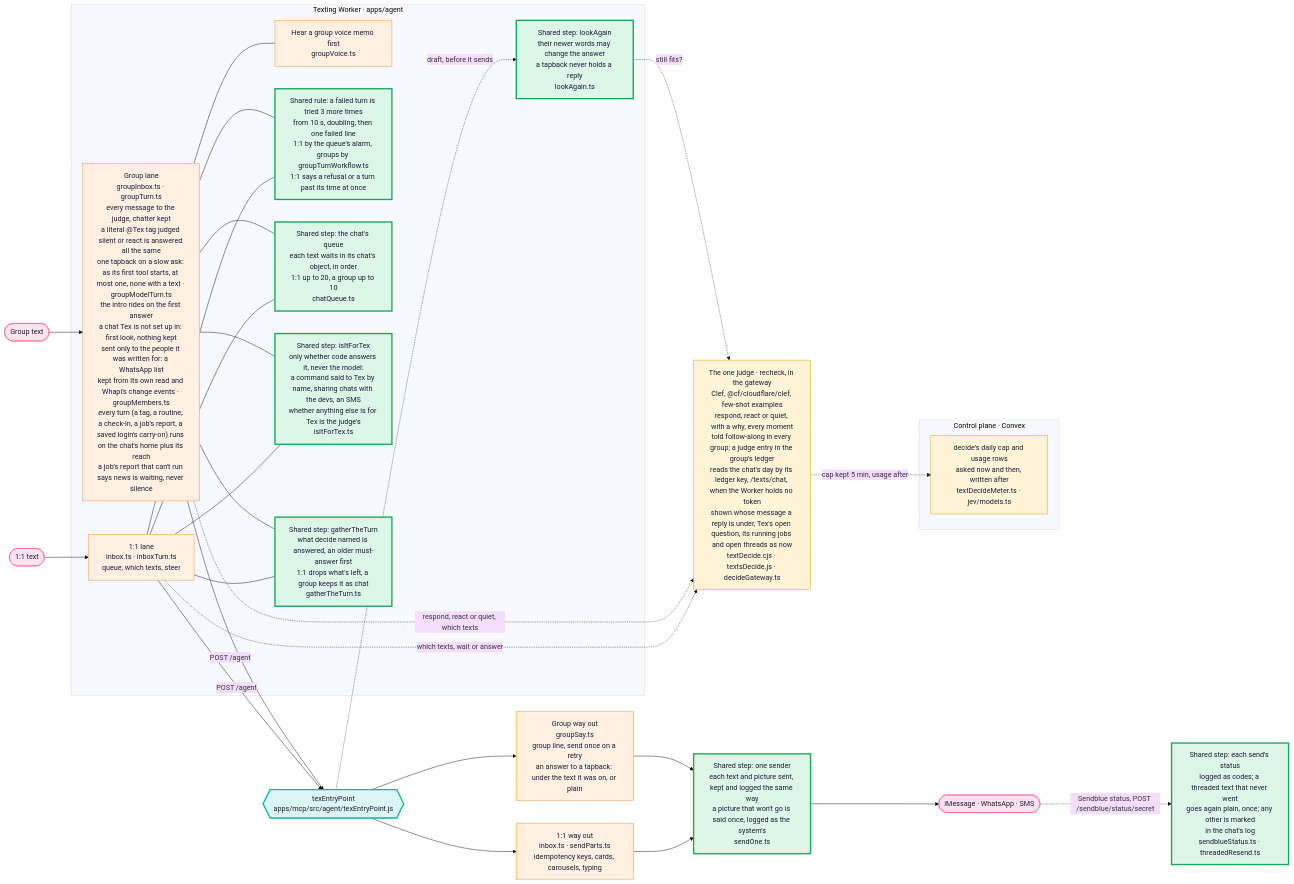
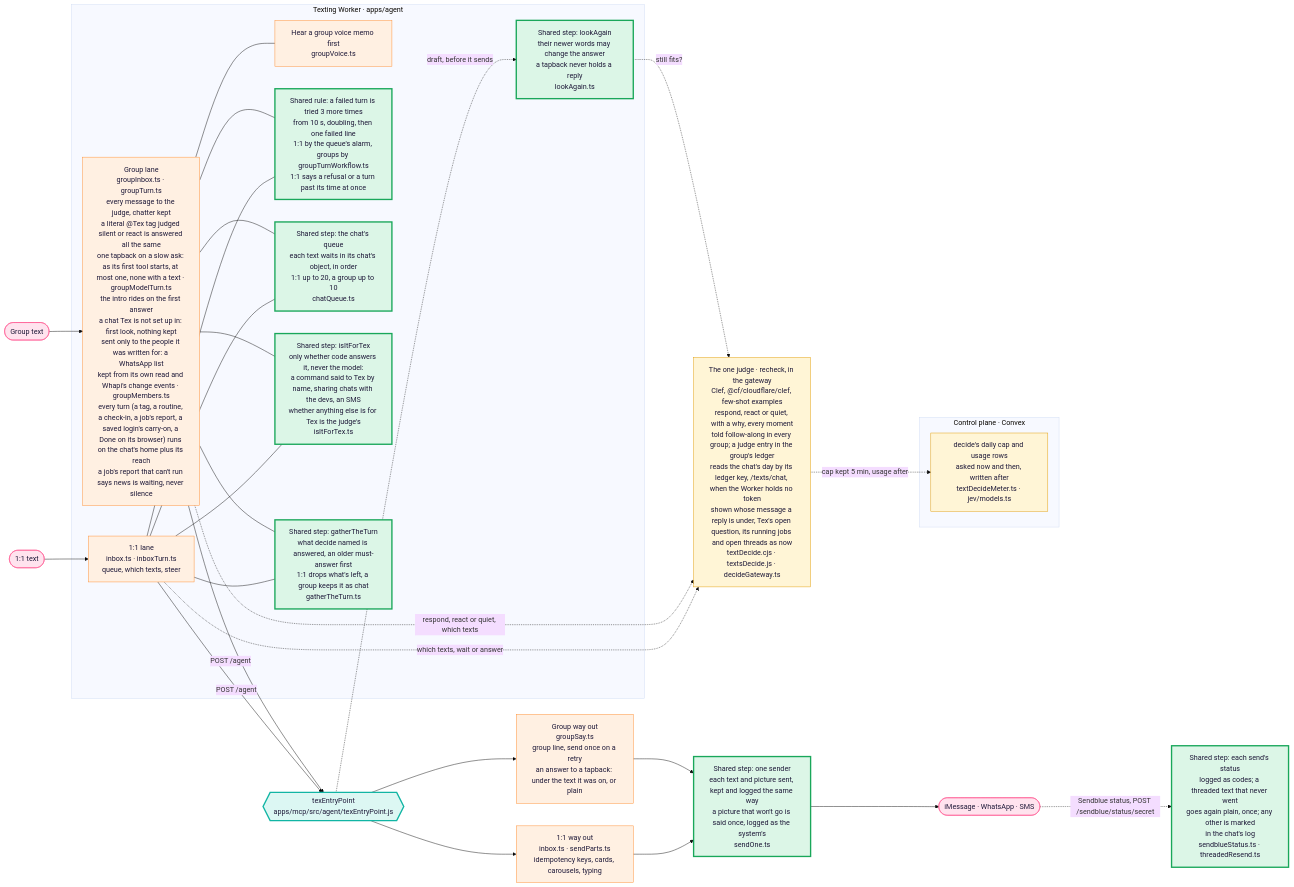
Before and after one commit to Supa-Media/context: the first of 3 diagrams in docs/architecture/tex.md, drawn with Mermaid (base theme). The commit also changed other lines of this file and 37 other files, not shown here.

First line of the commit message:
Tex: Done on the take-over screen hands the browser back and Tex carries on (#3216)

````diff
--- a/docs/architecture/tex.md
+++ b/docs/architecture/tex.md
@@ -22,47 +22,47 @@
 ```mermaid
 flowchart LR
   P1([1:1 text]):::you --> W1
   P2([Group text]):::you --> W2
   subgraph Worker["Texting Worker · apps/agent"]
     W1["1:1 lane<br/>inbox.ts · inboxTurn.ts<br/>queue, which texts, steer"]:::pipe
-    W2["Group lane<br/>groupInbox.ts · groupTurn.ts<br/>every message to the judge, chatter kept<br/>a literal @Tex tag judged silent or react is answered all the same<br/>one tapback on a slow ask: as its first tool starts, at most one, none with a text · groupModelTurn.ts<br/>the intro rides on the first answer<br/>a chat Tex is not set up in: first look, nothing kept<br/>sent only to the people it was written for: a WhatsApp list<br/>kept from its own read and Whapi's change events · groupMembers.ts<br/>every turn (a tag, a routine, a check-in, a job's report, a saved login's carry-on) runs on the chat's home plus its reach<br/>a job's report that can't run says news is waiting, never silence"]:::pipe
+    W2["Group lane<br/>groupInbox.ts · groupTurn.ts<br/>every message to the judge, chatter kept<br/>a literal @Tex tag judged silent or react is answered all the same<br/>one tapback on a slow ask: as its first tool starts, at most one, none with a text · groupModelTurn.ts<br/>the intro rides on the first answer<br/>a chat Tex is not set up in: first look, nothing kept<br/>sent only to the people it was written for: a WhatsApp list<br/>kept from its own read and Whapi's change events · groupMembers.ts<br/>every turn (a tag, a routine, a check-in, a job's report, a saved login's carry-on, a Done on its browser) runs on the chat's home plus its reach<br/>a job's report that can't run says news is waiting, never silence"]:::pipe
     H["Hear a group voice memo first<br/>groupVoice.ts"]:::pipe
     W2 --- H
     LA["Shared step: lookAgain<br/>their newer words may change the answer<br/>a tapback never holds a reply<br/>lookAgain.ts"]:::shared
     RT["Shared rule: a failed turn is tried 3 more times<br/>from 10 s, doubling, then one failed line<br/>1:1 by the queue's alarm, groups by groupTurnWorkflow.ts<br/>1:1 says a refusal or a turn past its time at once"]:::shared
     W1 --- RT
     W2 --- RT
     Q["Shared step: the chat's queue<br/>each text waits in its chat's object, in order<br/>1:1 up to 20, a group up to 10<br/>chatQueue.ts"]:::shared
     W1 --- Q
     W2 --- Q
     FT["Shared step: isItForTex<br/>only whether code answers it, never the model:<br/>a command said to Tex by name, sharing chats with the devs, an SMS<br/>whether anything else is for Tex is the judge's<br/>isItForTex.ts"]:::shared
     W1 --- FT
     W2 --- FT
     GT["Shared step: gatherTheTurn<br/>what decide named is answered, an older must-answer first<br/>1:1 drops what's left, a group keeps it as chat<br/>gatherTheTurn.ts"]:::shared
     W1 --- GT
     W2 --- GT
   end
   D["The one judge · recheck, in the gateway<br/>Clef, @cf/cloudflare/clef, few-shot examples<br/>respond, react or quiet, with a why, every moment<br/>told follow-along in every group; a judge entry in the group's ledger<br/>reads the chat's day by its ledger key, /texts/chat, when the Worker holds no token<br/>shown whose message a reply is under, Tex's open question, its running jobs and open threads as now<br/>textDecide.cjs · textsDecide.js · decideGateway.ts"]:::judge
   subgraph Control["Control plane · Convex"]
     CAP["decide's daily cap and usage rows<br/>asked now and then, written after<br/>textDecideMeter.ts · jev/models.ts"]:::judge
   end
   D -. cap kept 5 min, usage after .-> CAP
   W1 -. which texts, wait or answer .-> D
   W2 -. respond, react or quiet, which texts .-> D
   E -. draft, before it sends .-> LA
   LA -. still fits? .-> D
   W1 -->|POST /agent| E
   W2 -->|POST /agent| E
   E{{"texEntryPoint<br/>apps/mcp/src/agent/texEntryPoint.js"}}:::door
   E --> S1["1:1 way out<br/>inbox.ts · sendParts.ts<br/>idempotency keys, cards, carousels, typing"]:::pipe
   E --> S2["Group way out<br/>groupSay.ts<br/>group line, send once on a retry<br/>an answer to a tapback: under the text it was on, or plain"]:::pipe
   S1 --> SO["Shared step: one sender<br/>each text and picture sent, kept and logged the same way<br/>a picture that won't go is said once, logged as the system's<br/>sendOne.ts"]:::shared
   S2 --> SO
   SO --> Out([iMessage · WhatsApp · SMS]):::you
   Out -. "Sendblue status, POST /sendblue/status/secret" .-> ST["Shared step: each send's status<br/>logged as codes; a threaded text that never went<br/>goes again plain, once; any other is marked<br/>in the chat's log<br/>sendblueStatus.ts · threadedResend.ts"]:::shared
   classDef you fill:#ffe3ee,stroke:#ff4f8b,color:#1d1838
   classDef pipe fill:#fff0e2,stroke:#ff8a2a,color:#1d1838
   classDef door fill:#dcf7f3,stroke:#11b5a4,stroke-width:3px,color:#1d1838
   classDef judge fill:#fff5d6,stroke:#e09a00,color:#1d1838
   classDef shared fill:#dcf6e7,stroke:#19a75a,stroke-width:3px,color:#1d1838
 ```
````
